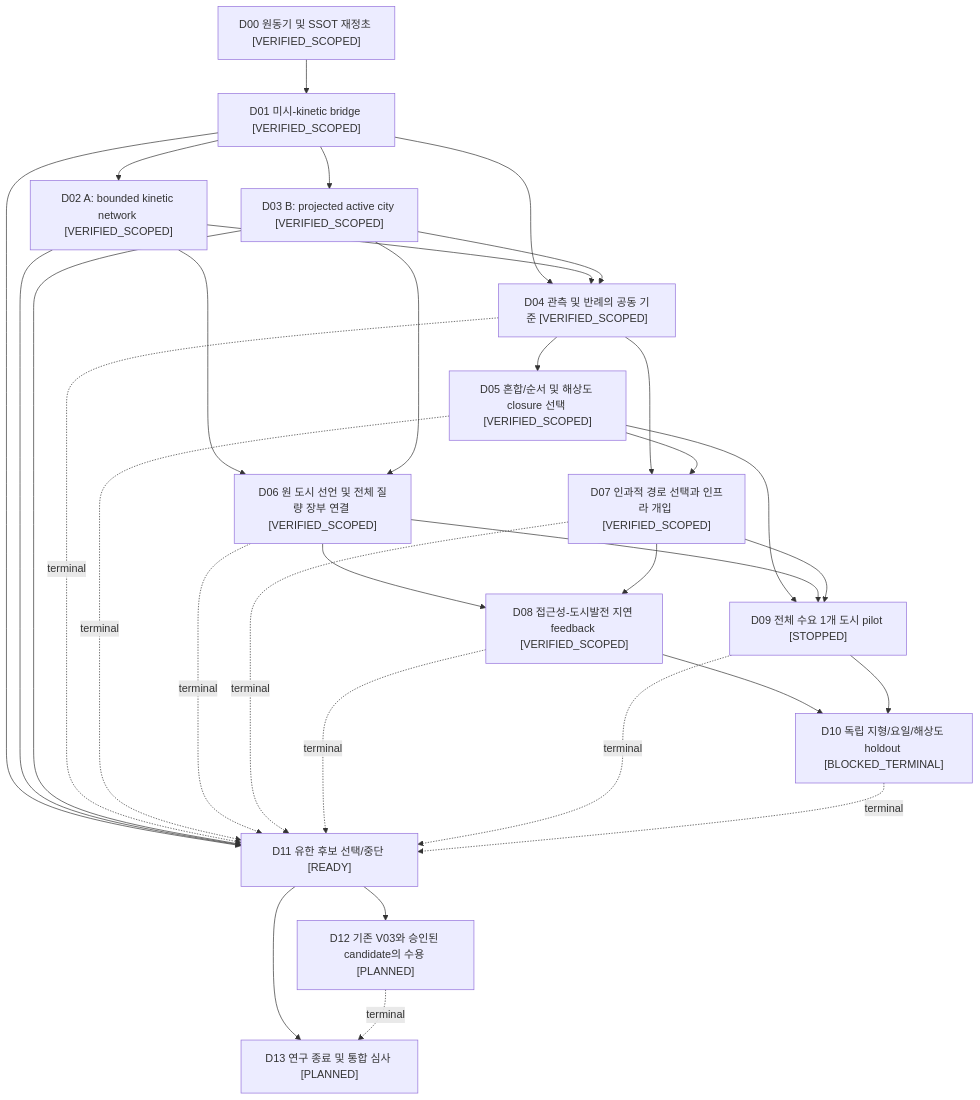
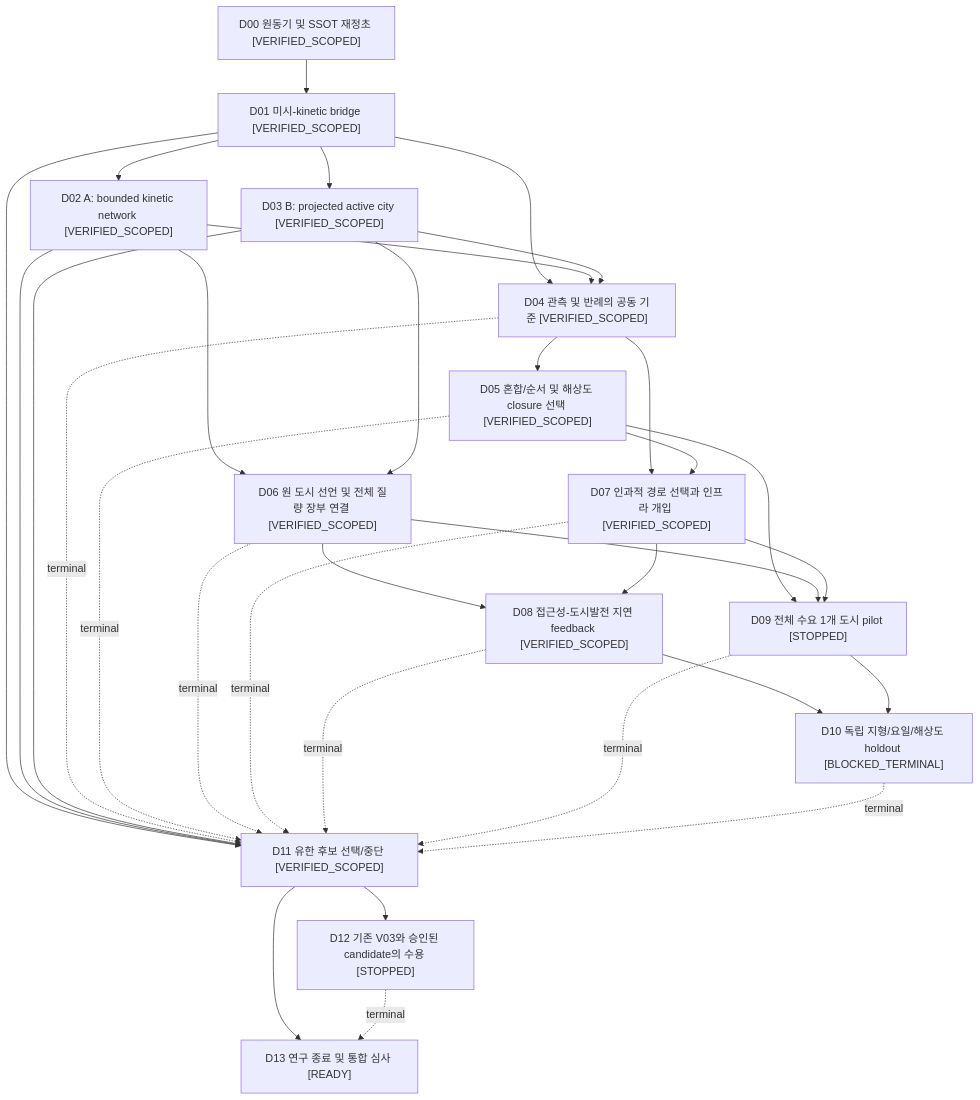
The diagram in docs/akm/DAG.mmd (cosmosapjw-quantum/urban_traffic_demo), drawn with Mermaid before and after one commit. The commit also changed 6 other files, not shown here.

```diff
--- a/docs/akm/DAG.mmd
+++ b/docs/akm/DAG.mmd
@@ -1,46 +1,46 @@
 flowchart TD
   D00["D00 원동기 및 SSOT 재정초 [VERIFIED_SCOPED]"]
   D01["D01 미시-kinetic bridge [VERIFIED_SCOPED]"]
   D00 --> D01
   D02["D02 A: bounded kinetic network [VERIFIED_SCOPED]"]
   D01 --> D02
   D03["D03 B: projected active city [VERIFIED_SCOPED]"]
   D01 --> D03
   D04["D04 관측 및 반례의 공동 기준 [VERIFIED_SCOPED]"]
   D01 --> D04
   D02 --> D04
   D03 --> D04
   D05["D05 혼합/순서 및 해상도 closure 선택 [VERIFIED_SCOPED]"]
   D04 --> D05
   D06["D06 원 도시 선언 및 전체 질량 장부 연결 [VERIFIED_SCOPED]"]
   D02 --> D06
   D03 --> D06
   D07["D07 인과적 경로 선택과 인프라 개입 [VERIFIED_SCOPED]"]
   D04 --> D07
   D05 --> D07
   D08["D08 접근성-도시발전 지연 feedback [VERIFIED_SCOPED]"]
   D06 --> D08
   D07 --> D08
   D09["D09 전체 수요 1개 도시 pilot [STOPPED]"]
   D05 --> D09
   D06 --> D09
   D07 --> D09
   D10["D10 독립 지형/요일/해상도 holdout [BLOCKED_TERMINAL]"]
   D08 --> D10
   D09 --> D10
-  D11["D11 유한 후보 선택/중단 [READY]"]
+  D11["D11 유한 후보 선택/중단 [VERIFIED_SCOPED]"]
   D01 --> D11
   D02 --> D11
   D03 --> D11
   D04 -. terminal .-> D11
   D05 -. terminal .-> D11
   D06 -. terminal .-> D11
   D07 -. terminal .-> D11
   D08 -. terminal .-> D11
   D09 -. terminal .-> D11
   D10 -. terminal .-> D11
-  D12["D12 기존 V03와 승인된 candidate의 수용 [PLANNED]"]
+  D12["D12 기존 V03와 승인된 candidate의 수용 [STOPPED]"]
   D11 --> D12
-  D13["D13 연구 종료 및 통합 심사 [PLANNED]"]
+  D13["D13 연구 종료 및 통합 심사 [READY]"]
   D11 --> D13
   D12 -. terminal .-> D13
```
